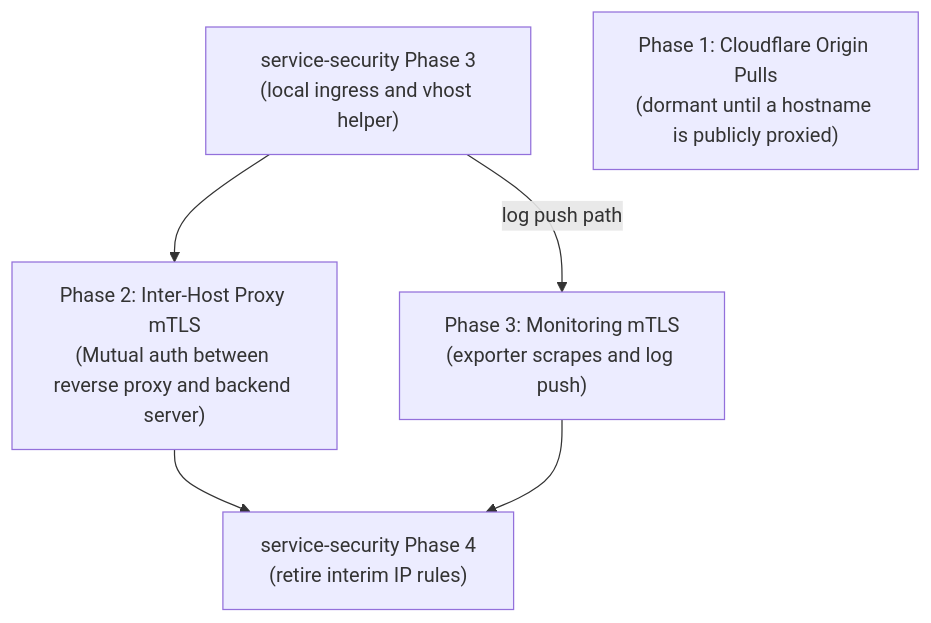
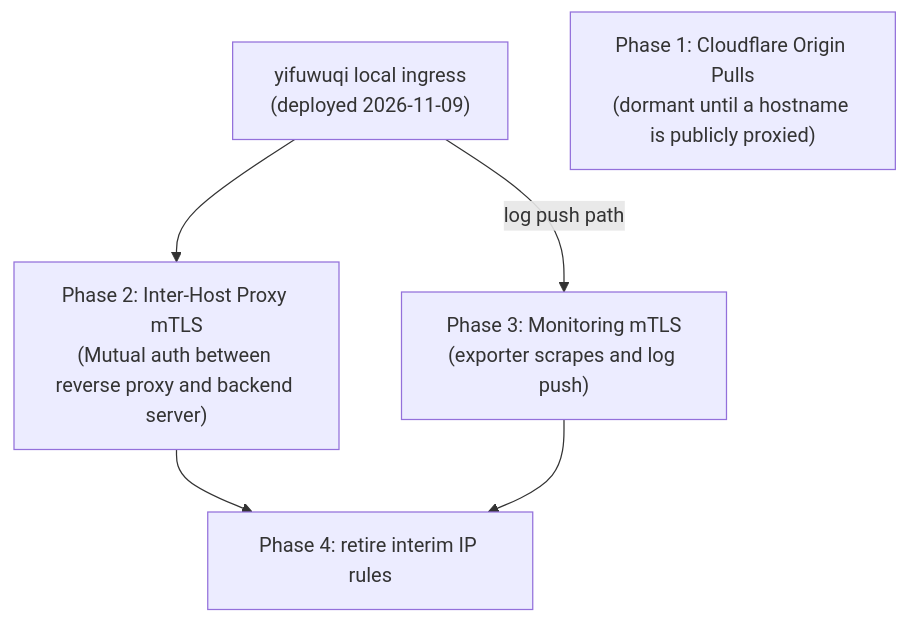
The second of 2 diagrams in docs/src/plans/mtls-architecture-plan.md (categoricalcat/nixos), drawn with Mermaid before and after one commit. The commit also changed other lines of this file and 17 other files, not shown here.

First line of the commit message:
security: apply systemd sandboxing and retire completed rollout plans

````diff
--- a/docs/src/plans/mtls-architecture-plan.md
+++ b/docs/src/plans/mtls-architecture-plan.md
@@ -363,13 +371,13 @@
 ```mermaid
 flowchart TD
-    SEC3["service-security Phase 3<br/>(local ingress and vhost helper)"]
+    SEC3["yifuwuqi local ingress<br/>(deployed 2026-11-09)"]
     P1["Phase 1: Cloudflare Origin Pulls<br/>(dormant until a hostname is publicly proxied)"]
     P2["Phase 2: Inter-Host Proxy mTLS<br/>(Mutual auth between reverse proxy and backend server)"]
     P3["Phase 3: Monitoring mTLS<br/>(exporter scrapes and log push)"]
-    Retire["service-security Phase 4<br/>(retire interim IP rules)"]
+    P4["Phase 4: retire interim IP rules"]
 
     SEC3 --> P2
     SEC3 -->|log push path| P3
-    P2 --> Retire
-    P3 --> Retire
+    P2 --> P4
+    P3 --> P4
 ```
````
